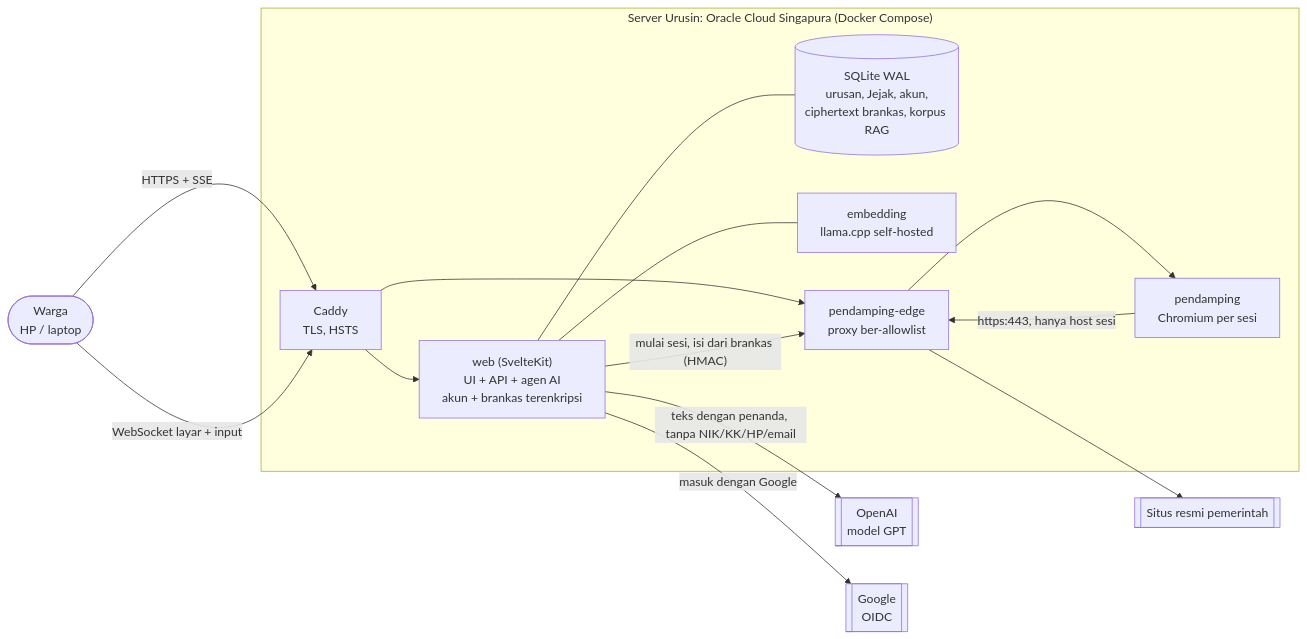
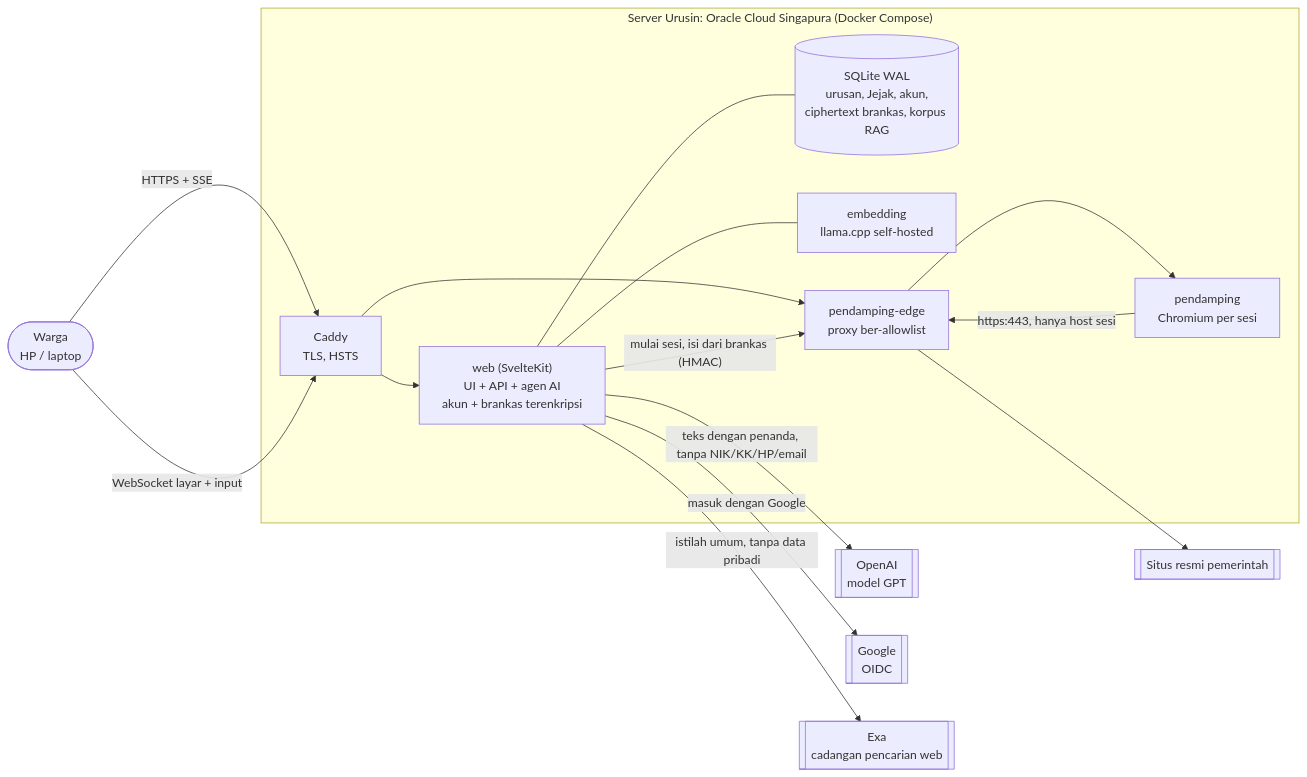
Before and after one commit to bynguts/urusin: the diagram in README.md, drawn with Mermaid. The commit also changed other lines of this file, not shown here.

First line of the commit message:
docs(readme): pencarian BM25 dan cadangan Exa sesuai produksi

````diff
--- a/README.md
+++ b/README.md
@@ -144,24 +146,26 @@
 ```mermaid
 flowchart LR
   W(["Warga<br/>HP / laptop"])
   subgraph VPS["Server Urusin: Oracle Cloud Singapura (Docker Compose)"]
     C["Caddy<br/>TLS, HSTS"]
     WEB["web (SvelteKit)<br/>UI + API + agen AI<br/>akun + brankas terenkripsi"]
     DB[("SQLite WAL<br/>urusan, Jejak, akun,<br/>ciphertext brankas, korpus RAG")]
     EMB["embedding<br/>llama.cpp self-hosted"]
     EDGE["pendamping-edge<br/>proxy ber-allowlist"]
     PD["pendamping<br/>Chromium per sesi"]
   end
   LLM[["OpenAI<br/>model GPT"]]
   GOOG[["Google<br/>OIDC"]]
   GOV[["Situs resmi pemerintah"]]
+  EXA[["Exa<br/>cadangan pencarian web"]]
 
   W -- "HTTPS + SSE" --> C --> WEB
   W -- "WebSocket layar + input" --> C --> EDGE --> PD
   WEB --- DB
   WEB --- EMB
   WEB -- "teks dengan penanda, tanpa NIK/KK/HP/email" --> LLM
   WEB -- "masuk dengan Google" --> GOOG
+  WEB -- "istilah umum, tanpa data pribadi" --> EXA
   WEB -- "mulai sesi, isi dari brankas (HMAC)" --> EDGE
   PD -- "https:443, hanya host sesi" --> EDGE --> GOV
 ```
````
